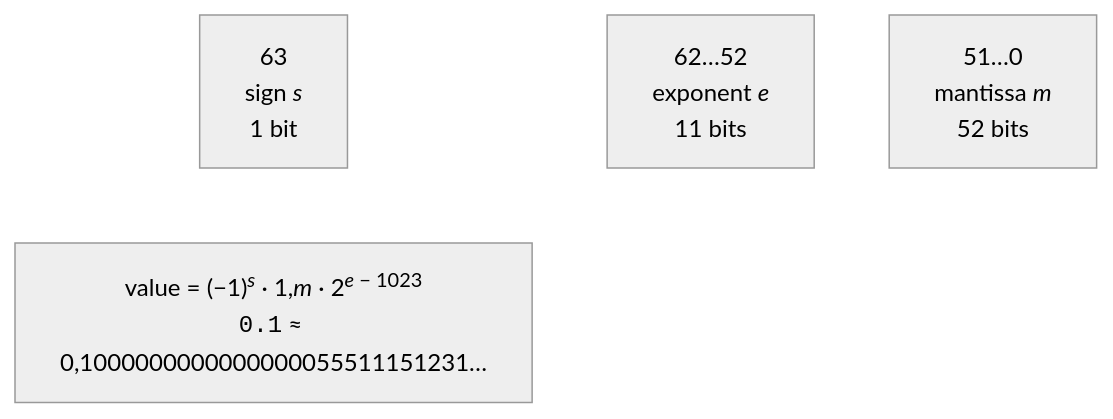
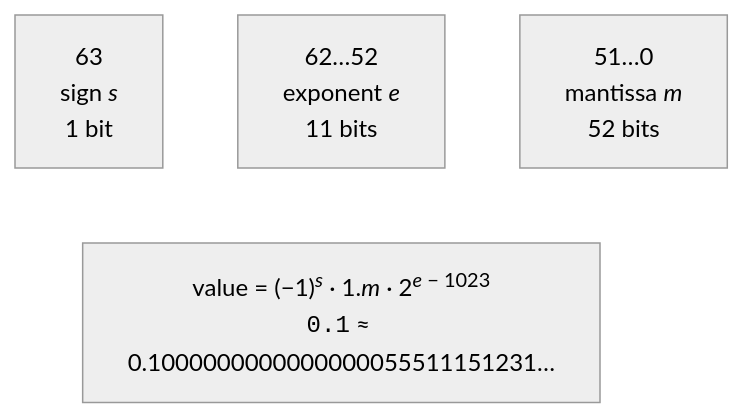
Before and after one commit to musicvano/Blog: the third of 3 diagrams in src/courses/csharp/02-types-operators/type-system.md, drawn with Mermaid (neutral theme). The commit also changed other lines of this file and 583 other files, not shown here.

````diff
--- a/src/courses/csharp/02-types-operators/type-system.md
+++ b/src/courses/csharp/02-types-operators/type-system.md
@@ -143,5 +143,10 @@
 ```mermaid
-flowchart LR
-  S["63<br>sign <i>s</i><br>1 bit"] ~~~ E["62…52<br>exponent <i>e</i><br>11 bits"] ~~~ M["51…0<br>mantissa <i>m</i><br>52 bits"]
-  F["value = (−1)<sup><i>s</i></sup> · 1,<i>m</i> · 2<sup><i>e</i> − 1023</sup><br><code>0.1</code> ≈ 0,1000000000000000055511151231…"]
+flowchart TB
+  S["63<br>sign <i>s</i><br>1 bit"]
+  E["62…52<br>exponent <i>e</i><br>11 bits"]
+  M["51…0<br>mantissa <i>m</i><br>52 bits"]
+  F["value = (−1)<sup><i>s</i></sup> · 1.<i>m</i> · 2<sup><i>e</i> − 1023</sup><br><code>0.1</code> ≈ 0.1000000000000000055511151231…"]
+  S ~~~ F
+  E ~~~ F
+  M ~~~ F
 ```
````
